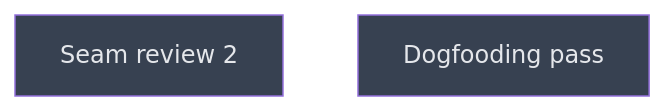
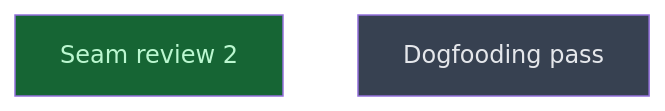
One commit to CrackingShells/Candler changed the diagram in __roadmap__/integrity/causes/checkpoint/snapshot/review/README.md. Above: the diagram before and after it, drawn with Mermaid. The commit also changed other lines of this file, not shown here.

Commit message:
rdm(api): close seam review 2

````diff
--- a/__roadmap__/integrity/causes/checkpoint/snapshot/review/README.md
+++ b/__roadmap__/integrity/causes/checkpoint/snapshot/review/README.md
@@ -17,10 +17,10 @@
 ```mermaid
 graph TD
-    seam_review_two[Seam review 2]:::planned
+    seam_review_two[Seam review 2]:::done
     dogfood[Dogfooding pass]:::planned
     classDef done       fill:#166534,color:#bbf7d0
     classDef inprogress fill:#854d0e,color:#fef08a
     classDef planned    fill:#374151,color:#e5e7eb
     classDef amendment  fill:#1e3a5f,color:#bfdbfe
     classDef blocked    fill:#7f1d1d,color:#fecaca
 ```
````
